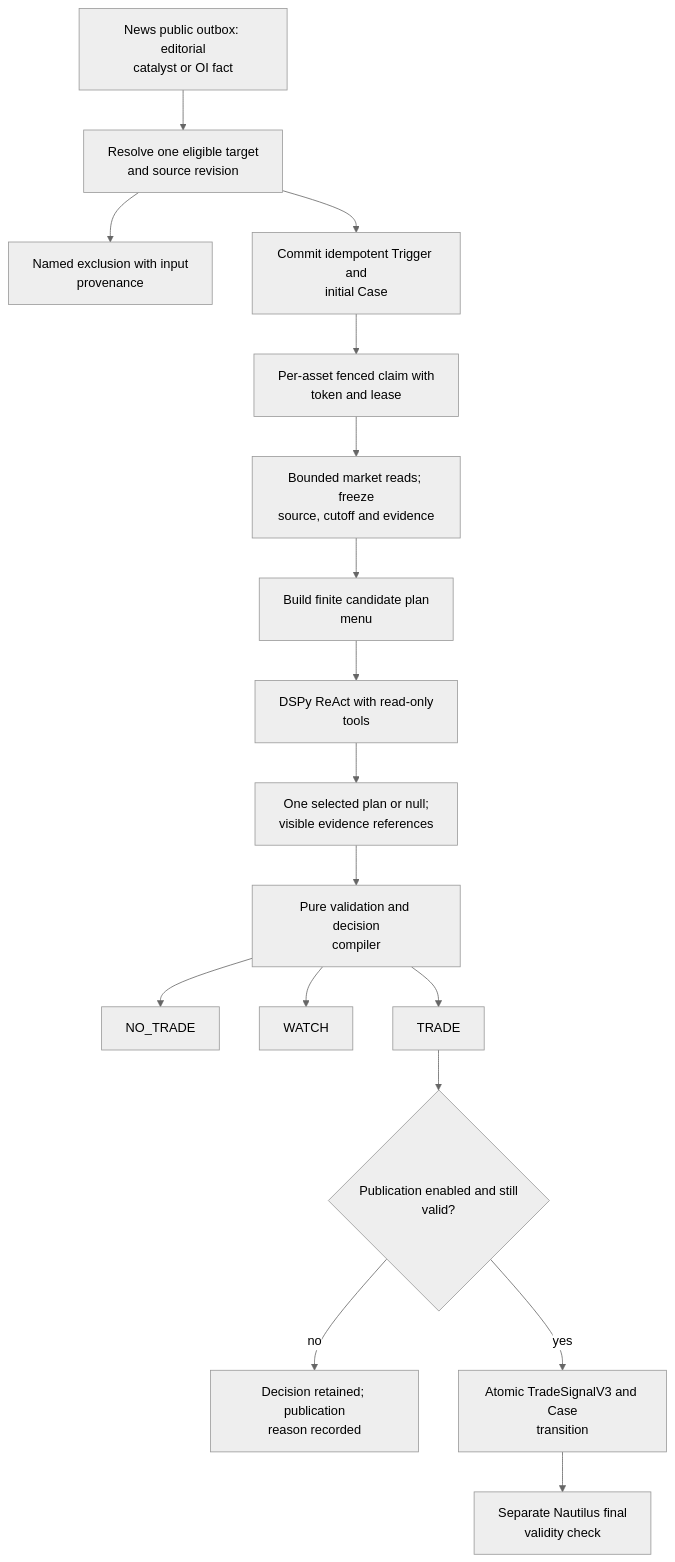
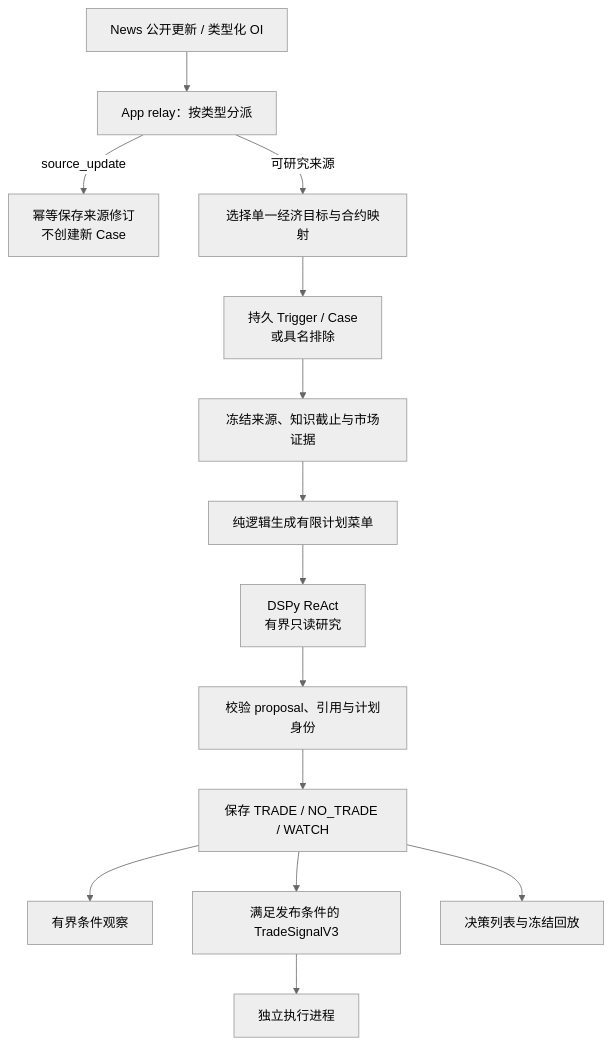
Before and after one commit to AnalyThothAI/tracefold: the first of 2 diagrams in docs/modules/trading.md, drawn with Mermaid (neutral theme). The commit also changed other lines of this file and 28 other files, not shown here.

Commit message:
docs: rebuild the Chinese architecture and module handbook

````diff
--- a/docs/modules/trading.md
+++ b/docs/modules/trading.md
@@ -30,19 +25,16 @@
 ```mermaid
-flowchart TD
-    Source["News public outbox: editorial<br/>catalyst or OI fact"] --> Select["Resolve one eligible target<br/>and source revision"]
-    Select --> Excluded["Named exclusion with input<br/>provenance"]
-    Select --> Trigger["Commit idempotent Trigger and<br/>initial Case"]
-    Trigger --> Claim["Per-asset fenced claim with<br/>token and lease"]
-    Claim --> Evidence["Bounded market reads; freeze<br/>source, cutoff and evidence"]
-    Evidence --> Menu["Build finite candidate plan<br/>menu"]
-    Menu --> Agent["DSPy ReAct with read-only<br/>tools"]
-    Agent --> Proposal["One selected plan or null;<br/>visible evidence references"]
-    Proposal --> Compile["Pure validation and decision<br/>compiler"]
-    Compile --> No["NO_TRADE"]
-    Compile --> Watch["WATCH"]
-    Compile --> Trade["TRADE"]
-    Trade --> Publish{"Publication enabled and still<br/>valid?"}
-    Publish -->|"no"| Unpublished["Decision retained; publication<br/>reason recorded"]
-    Publish -->|"yes"| Signal["Atomic TradeSignalV3 and Case<br/>transition"]
-    Signal --> Runtime["Separate Nautilus final<br/>validity check"]
+flowchart TB
+    Source["News 公开更新 / 类型化 OI"] --> Relay["App relay：按类型分派"]
+    Relay -->|"source_update"| Amendment["幂等保存来源修订<br/>不创建新 Case"]
+    Relay -->|"可研究来源"| Target["选择单一经济目标与合约映射"]
+    Target --> Admission["持久 Trigger / Case<br/>或具名排除"]
+    Admission --> Freeze["冻结来源、知识截止与市场证据"]
+    Freeze --> Plans["纯逻辑生成有限计划菜单"]
+    Plans --> Agent["DSPy ReAct<br/>有界只读研究"]
+    Agent --> Compile["校验 proposal、引用与计划身份"]
+    Compile --> Decision["保存 TRADE / NO_TRADE / WATCH"]
+    Decision --> Watch["有界条件观察"]
+    Decision --> Publish["满足发布条件的 TradeSignalV3"]
+    Publish --> Runtime["独立执行进程"]
+    Decision --> UI["决策列表与冻结回放"]
 ```
````
